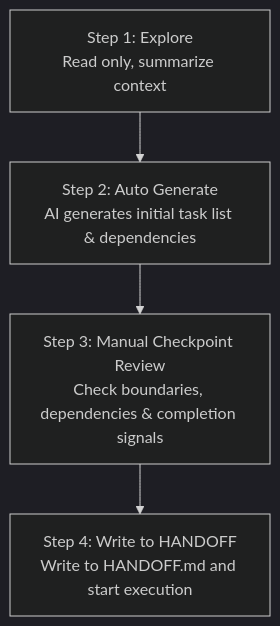
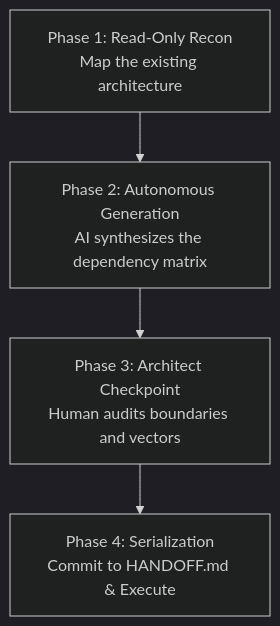
One commit to ruanqizhen/cocode changed the third of 4 diagrams in i18n/en/docusaurus-plugin-content-docs/current/planning.md. Above: the diagram before and after it, drawn with Mermaid (dark theme). The commit also changed other lines of this file and 41 other files, not shown here.

````diff
--- a/i18n/en/docusaurus-plugin-content-docs/current/planning.md
+++ b/i18n/en/docusaurus-plugin-content-docs/current/planning.md
@@ -111,6 +114,6 @@
 ```mermaid
 flowchart TD
-    Step1[Step 1: Explore<br/>Read only, summarize context] --> Step2[Step 2: Auto Generate<br/>AI generates initial task list & dependencies]
-    Step2 --> Step3[Step 3: Manual Checkpoint Review<br/>Check boundaries, dependencies & completion signals]
-    Step3 --> Step4[Step 4: Write to HANDOFF<br/>Write to HANDOFF.md and start execution]
+    Step1[Phase 1: Read-Only Recon<br/>Map the existing architecture] --> Step2[Phase 2: Autonomous Generation<br/>AI synthesizes the dependency matrix]
+    Step2 --> Step3[Phase 3: Architect Checkpoint<br/>Human audits boundaries and vectors]
+    Step3 --> Step4[Phase 4: Serialization<br/>Commit to HANDOFF.md & Execute]
 ```
````
